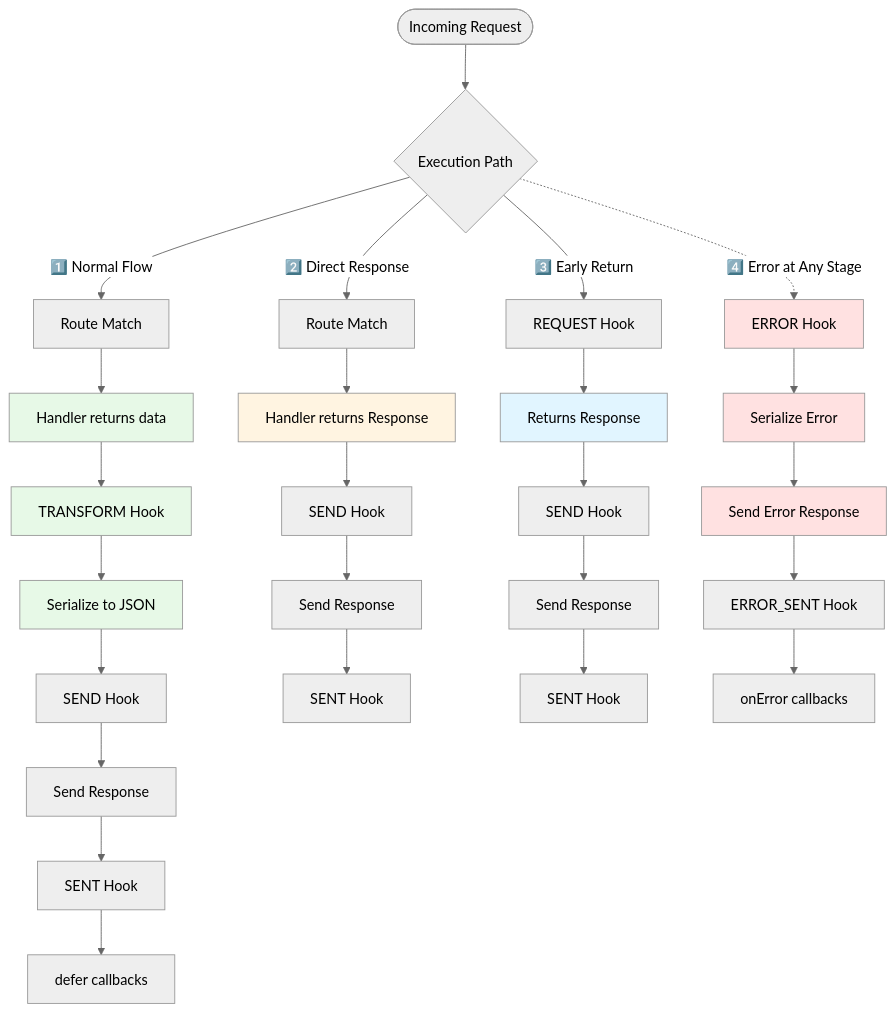
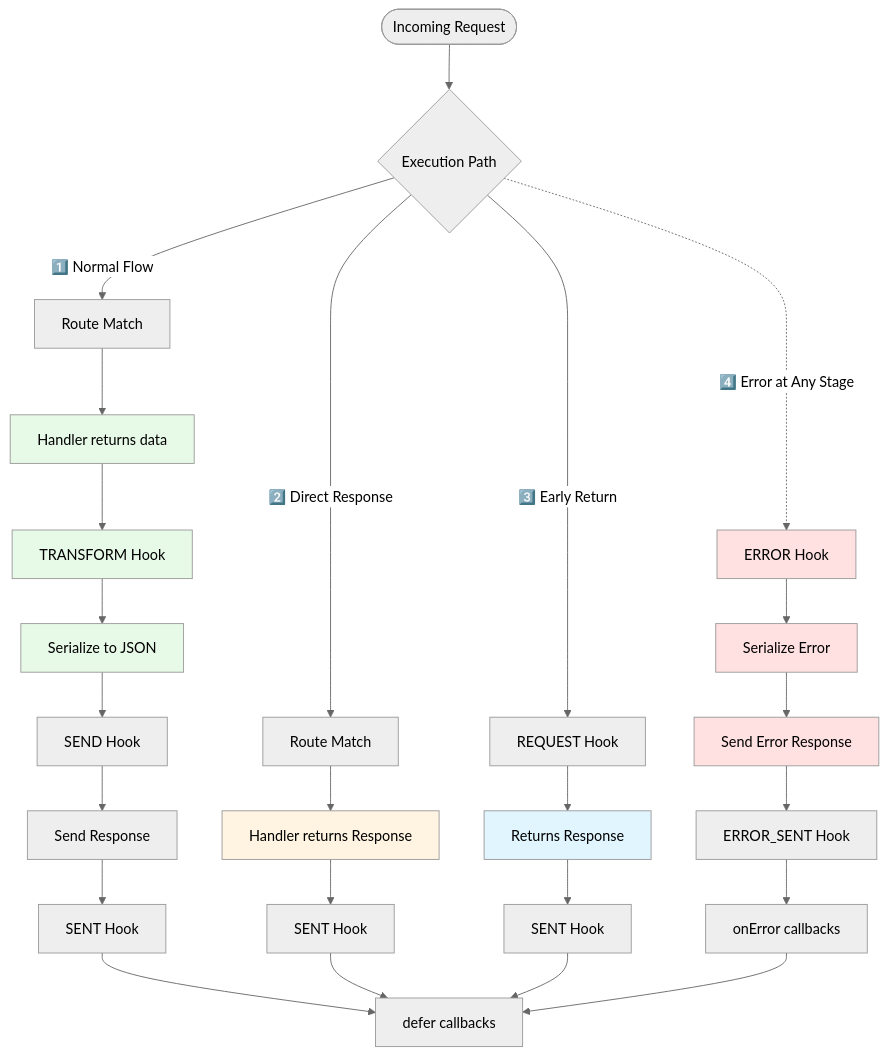
The diagram in docs/core-concepts/diagrams/flow-execution-paths.md (minima-js/minimajs), drawn with Mermaid (neutral theme) before and after one commit. The commit also changed 7 other files, not shown here.

````diff
--- a/docs/core-concepts/diagrams/flow-execution-paths.md
+++ b/docs/core-concepts/diagrams/flow-execution-paths.md
@@ -1,40 +1,36 @@
 ```mermaid
 graph TD
     Start([Incoming Request]) --> Choice{Execution Path}
 
     Choice -->|1️⃣ Normal Flow| N1[Route Match]
     N1 --> N2[Handler returns data]
     N2 --> N3[TRANSFORM Hook]
     N3 --> N4[Serialize to JSON]
     N4 --> N5[SEND Hook]
     N5 --> N6[Send Response]
     N6 --> N7[SENT Hook]
     N7 --> N8[defer callbacks]
 
     Choice -->|2️⃣ Direct Response| D1[Route Match]
     D1 --> D2[Handler returns Response]
-    D2 --> D3[SEND Hook]
-    D3 --> D4[Send Response]
-    D4 --> D5[SENT Hook]
+    D2 --> D5[SENT Hook] --> N8
 
     Choice -->|3️⃣ Early Return| E1[REQUEST Hook]
     E1 --> E2[Returns Response]
-    E2 --> E3[SEND Hook]
-    E3 --> E4[Send Response]
-    E4 --> E5[SENT Hook]
+    E2 --> E5[SENT Hook] --> N8
 
     Choice -.->|4️⃣ Error at Any Stage| R1[ERROR Hook]
     R1 --> R2[Serialize Error]
     R2 --> R3[Send Error Response]
     R3 --> R4[ERROR_SENT Hook]
-    R4 --> R5[onError callbacks]
+    R4 --> R5[onError callbacks] --> N8
 
     style N2 fill:#e7f9e7
     style N3 fill:#e7f9e7
     style N4 fill:#e7f9e7
     style D2 fill:#fff4e1
     style E2 fill:#e1f5ff
     style R1 fill:#ffe1e1
     style R2 fill:#ffe1e1
     style R3 fill:#ffe1e1
 ```
````
